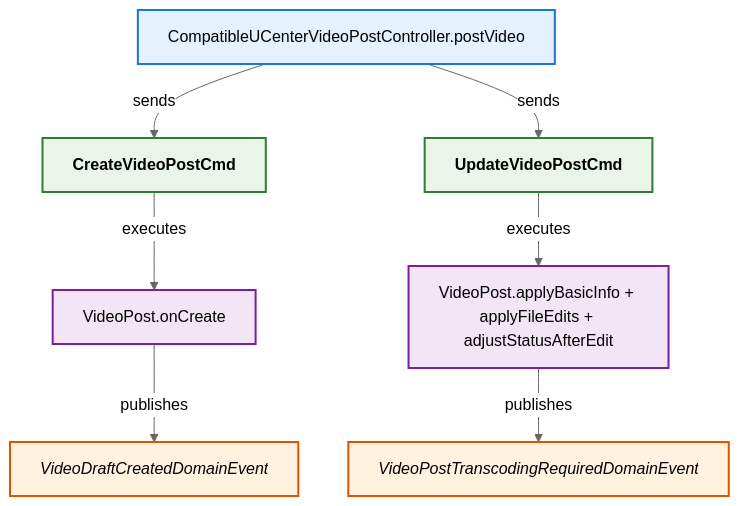
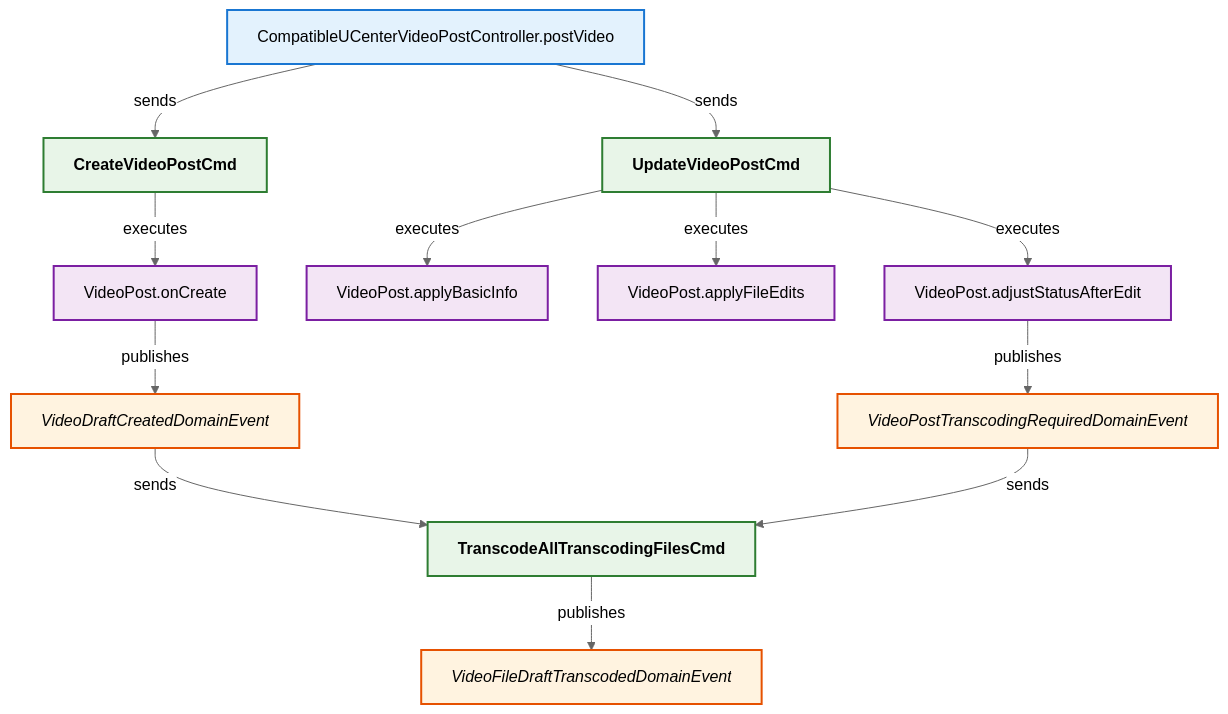
Before and after one commit to LDmoxeii/only-danmuku: the diagram in analysis/CompatibleUCenterVideoPostController_postVideo.mmd, drawn with Mermaid (neutral theme). The commit also changed 3 other files, not shown here.

```diff
--- a/analysis/CompatibleUCenterVideoPostController_postVideo.mmd
+++ b/analysis/CompatibleUCenterVideoPostController_postVideo.mmd
@@ -1,46 +1,63 @@
 flowchart TB
 
     N1["CompatibleUCenterVideoPostController.postVideo"]
     class N1 controllermethod;
 
     %% Create flow
     C1["CreateVideoPostCmd"]
     class C1 command;
     A1["VideoPost.onCreate"]
     class A1 entitymethod;
     E1["VideoDraftCreatedDomainEvent"]
     class E1 domainevent;
 
     %% Update flow
     C2["UpdateVideoPostCmd"]
     class C2 command;
-    A2["VideoPost.applyBasicInfo + applyFileEdits + adjustStatusAfterEdit"]
-    class A2 entitymethod;
+    A2a["VideoPost.applyBasicInfo"]
+    class A2a entitymethod;
+    A2b["VideoPost.applyFileEdits"]
+    class A2b entitymethod;
+    A2c["VideoPost.adjustStatusAfterEdit"]
+    class A2c entitymethod;
     E2["VideoPostTranscodingRequiredDomainEvent"]
     class E2 domainevent;
+
+    %% Transcode command & file event (triggered by both E1 and E2)
+    C3["TranscodeAllTranscodingFilesCmd"]
+    class C3 command;
+    E3["VideoFileDraftTranscodedDomainEvent"]
+    class E3 domainevent;
 
     %% Relationships
     N1 -->|sends| C1
     N1 -->|sends| C2
     C1 -->|executes| A1
     A1 -->|publishes| E1
-    C2 -->|executes| A2
-    A2 -->|publishes| E2
+    C2 -->|executes| A2a
+    C2 -->|executes| A2b
+    C2 -->|executes| A2c
+    A2c -->|publishes| E2
+
+    %% Event -> Command -> Event for transcoding
+    E1 -->|sends| C3
+    E2 -->|sends| C3
+    C3 -->|publishes| E3
 
     %% Styles
     classDef controller fill:#e3f2fd,stroke:#1565c0,stroke-width:2px,font-weight:bold;
     classDef controllermethod fill:#e3f2fd,stroke:#1976d2,stroke-width:2px;
     classDef endpoint fill:#e3f2fd,stroke:#42a5f5,stroke-width:2px;
     classDef commandsender fill:#e3f2fd,stroke:#1565c0,stroke-width:2px,font-style:italic;
     classDef commandsendermethod fill:#e3f2fd,stroke:#1976d2,stroke-width:2px,font-style:italic;
     classDef command fill:#e8f5e8,stroke:#2e7d32,stroke-width:2px,font-weight:bold;
     classDef commandhandler fill:#e8f5e8,stroke:#388e3c,stroke-width:2px,font-weight:bold;
     classDef aggregate fill:#fff8e1,stroke:#ff8f00,stroke-width:3px,font-weight:bold;
     classDef entitymethod fill:#f3e5f5,stroke:#7b1fa2,stroke-width:2px;
     classDef domainevent fill:#fff3e0,stroke:#e65100,stroke-width:2px,font-style:italic;
     classDef domaineventhandler fill:#fff3e0,stroke:#ef6c00,stroke-width:2px,font-weight:bold;
     classDef integrationevent fill:#fce4ec,stroke:#880e4f,stroke-width:2px;
     classDef integrationeventhandler fill:#fce4ec,stroke:#ad1457,stroke-width:2px,font-weight:bold;
     classDef integrationeventconverter fill:#e3f2fd,stroke:#0277bd,stroke-width:2px;
     classDef repo fill:#d6dbdf,stroke:#85929e,stroke-width:2px;
     classDef uow fill:#f2f4f4,stroke:#7f8c8d,stroke-width:2px;
```
